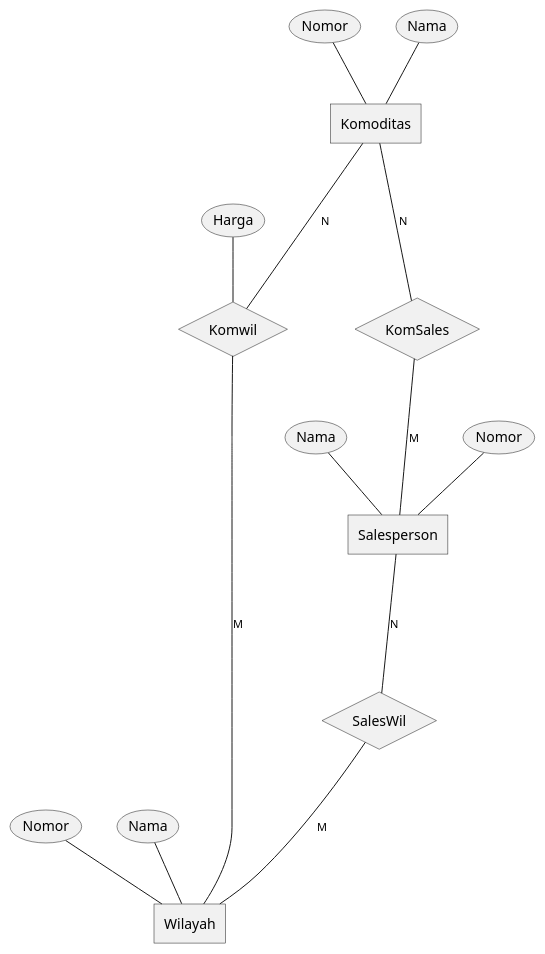
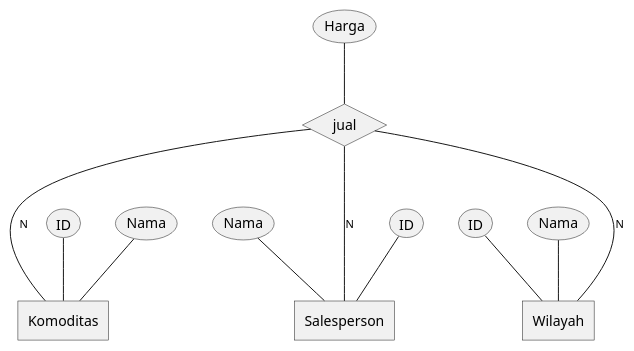
The diagram in src/Abdelaziz-Mohammed-Soliman-X.md (adhiansyahancha/Data-ERD-Skripsi), drawn with PlantUML before and after one commit. The commit also changed other lines of this file, not shown here.

````diff
--- a/src/Abdelaziz-Mohammed-Soliman-X.md
+++ b/src/Abdelaziz-Mohammed-Soliman-X.md
@@ -7,39 +7,28 @@
 ```uml
 @startchen
 
 entity Komoditas {
-Nomor
+ID
 Nama
 }
 
 entity Salesperson {
-Nomor
+ID
 Nama
 }
 
 entity Wilayah {
-Nomor
+ID
 Nama
 }
 
-relationship KomSales {
-}
-
-relationship Komwil {
+relationship jual {
 Harga
 }
 
-relationship SalesWil {
-}
-
-Salesperson -N- SalesWil
-SalesWil -M- Wilayah
-
-Komoditas -N- Komwil 
-Komwil -M- Wilayah
-
-Komoditas -N- KomSales
-KomSales -M- Salesperson
+jual -N- Komoditas
+jual -N- Salesperson
+jual -N- Wilayah
 
 @endchen
 ```
````
